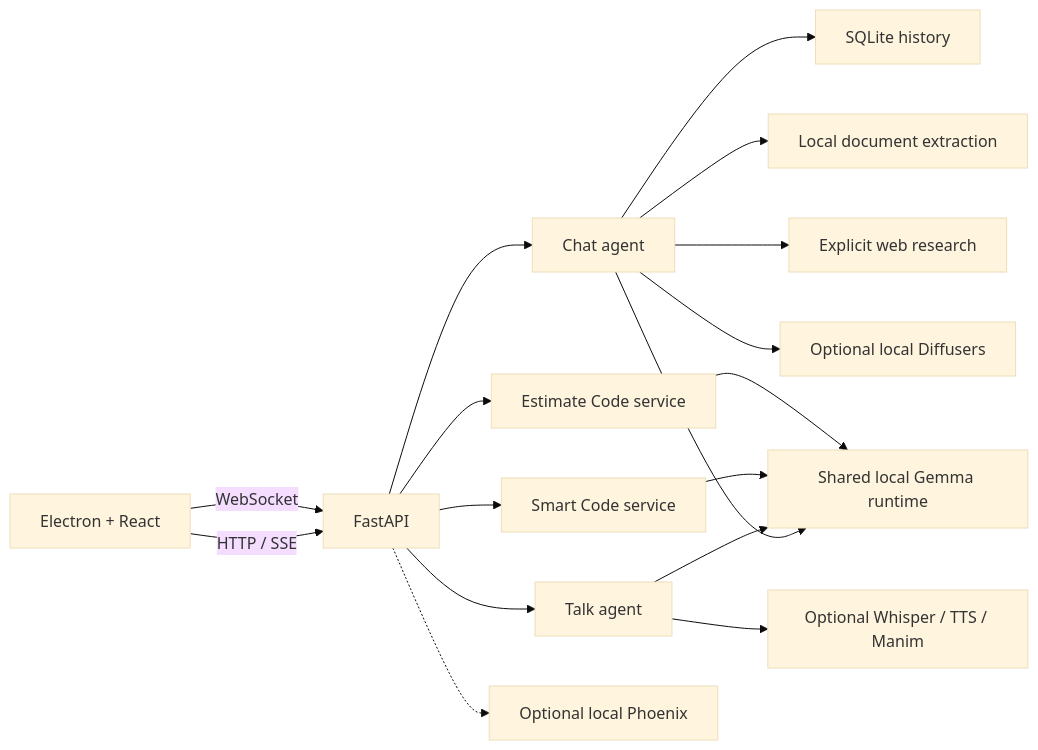
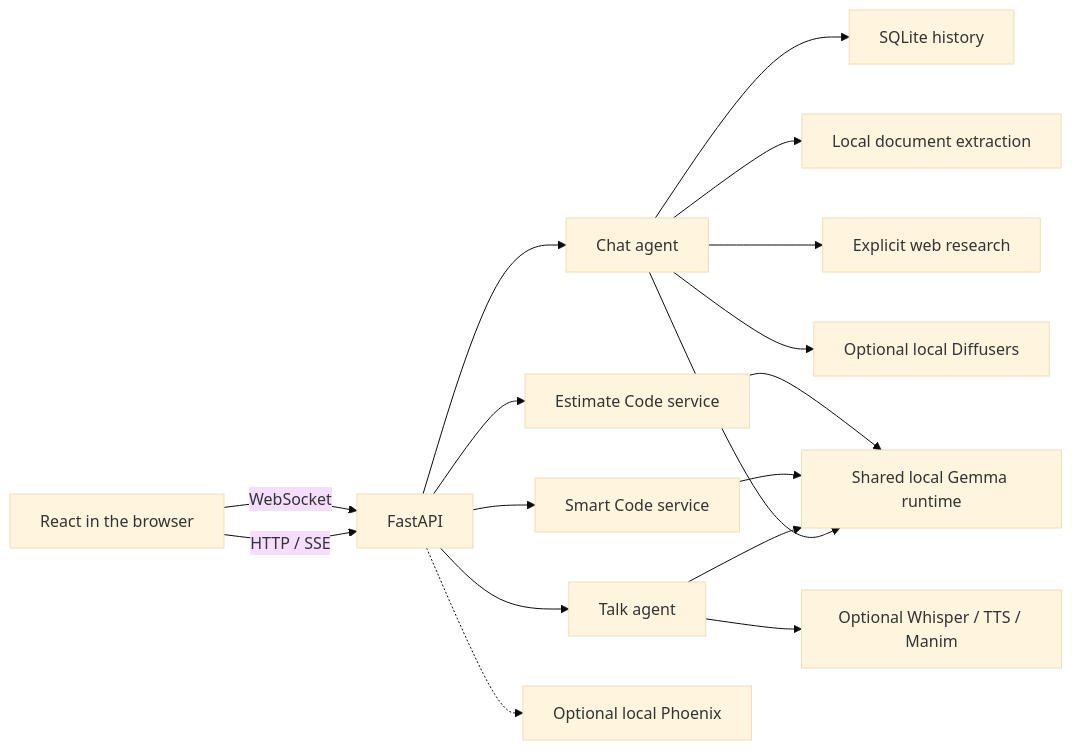
The diagram in README.md (vasipallys/Devvy), drawn with Mermaid (base theme) before and after one commit. The commit also changed other lines of this file and 42 other files, not shown here.

````diff
--- a/README.md
+++ b/README.md
@@ -129,19 +130,19 @@
 ```mermaid
 flowchart LR
-  UI["Electron + React"] -->|"HTTP / SSE"| API["FastAPI"]
+  UI["React in the browser"] -->|"HTTP / SSE"| API["FastAPI"]
   UI -->|"WebSocket"| API
   API --> CHAT["Chat agent"]
   API --> TALK["Talk agent"]
   API --> SMART["Smart Code service"]
   API --> EST["Estimate Code service"]
   CHAT --> MODEL["Shared local Gemma runtime"]
   TALK --> MODEL
   SMART --> MODEL
   EST --> MODEL
   CHAT --> DB["SQLite history"]
   CHAT --> DOC["Local document extraction"]
   CHAT --> WEB["Explicit web research"]
   CHAT --> IMG["Optional local Diffusers"]
   TALK --> MEDIA["Optional Whisper / TTS / Manim"]
   API -.-> PHX["Optional local Phoenix"]
 ```
````
